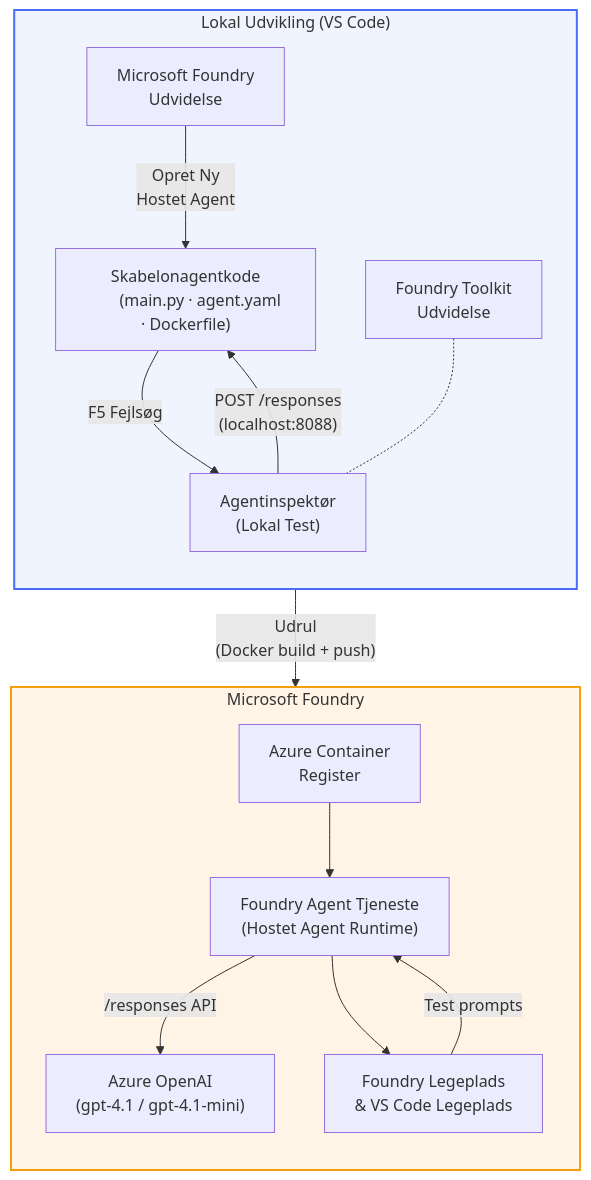
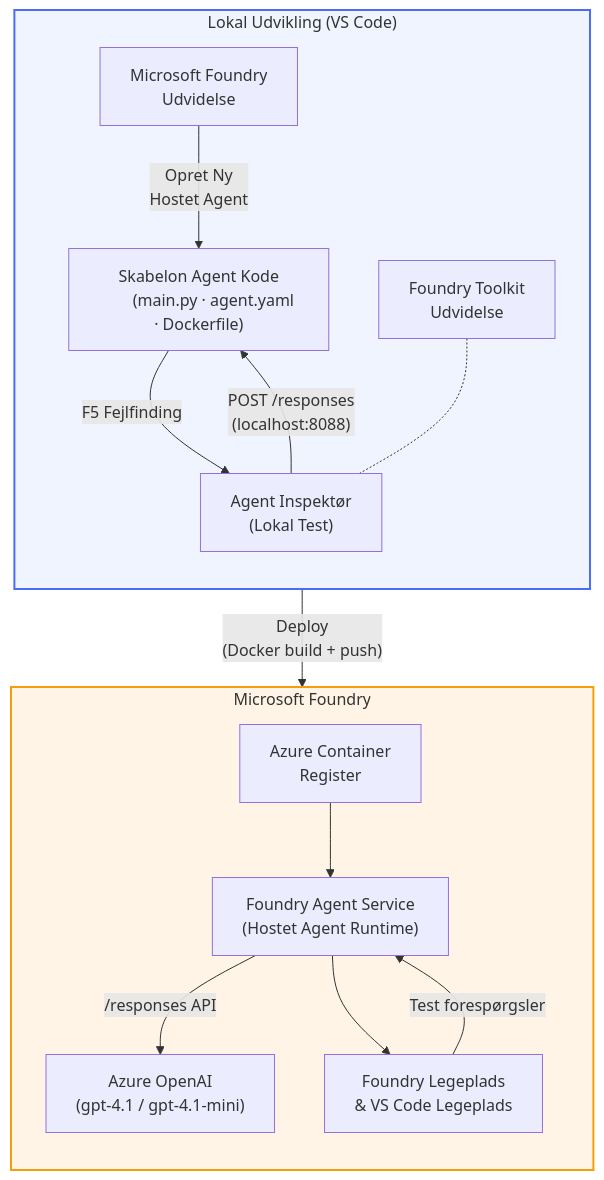
One commit to microsoft-foundry/Foundry_Toolkit_for_VSCode_Lab changed the diagram in translations/da/README.md. Above: the diagram before and after it, drawn with Mermaid. The commit also changed other lines of this file and 110 other files, not shown here.

````diff
--- a/translations/da/README.md
+++ b/translations/da/README.md
@@ -48,42 +52,42 @@
 ```mermaid
 flowchart TB
     subgraph Local["Lokal Udvikling (VS Code)"]
         direction TB
         FE["Microsoft Foundry
         Udvidelse"]
         FoundryToolkit["Foundry Toolkit
         Udvidelse"]
-        Scaffold["Skabelonagentkode
+        Scaffold["Skabelon Agent Kode
         (main.py · agent.yaml · Dockerfile)"]
-        Inspector["Agentinspektør
+        Inspector["Agent Inspektør
         (Lokal Test)"]
         FE -- "Opret Ny
         Hostet Agent" --> Scaffold
-        Scaffold -- "F5 Fejlsøg" --> Inspector
+        Scaffold -- "F5 Fejlfinding" --> Inspector
         FoundryToolkit -.- Inspector
     end
 
     subgraph Cloud["Microsoft Foundry"]
         direction TB
         ACR["Azure Container
         Register"]
-        AgentService["Foundry Agent Tjeneste
+        AgentService["Foundry Agent Service
         (Hostet Agent Runtime)"]
         Model["Azure OpenAI
         (gpt-4.1 / gpt-4.1-mini)"]
         Playground["Foundry Legeplads
         & VS Code Legeplads"]
         ACR --> AgentService
         AgentService -- "/responses API" --> Model
         AgentService --> Playground
     end
 
-    Scaffold -- "Udrul
+    Scaffold -- "Deploy
     (Docker build + push)" --> ACR
     Inspector -- "POST /responses
     (localhost:8088)" --> Scaffold
-    Playground -- "Test prompts" --> AgentService
+    Playground -- "Test forespørgsler" --> AgentService
 
     style Local fill:#f0f4ff,stroke:#4a6cf7,stroke-width:2px
     style Cloud fill:#fff4e6,stroke:#f59e0b,stroke-width:2px
 ```
````
